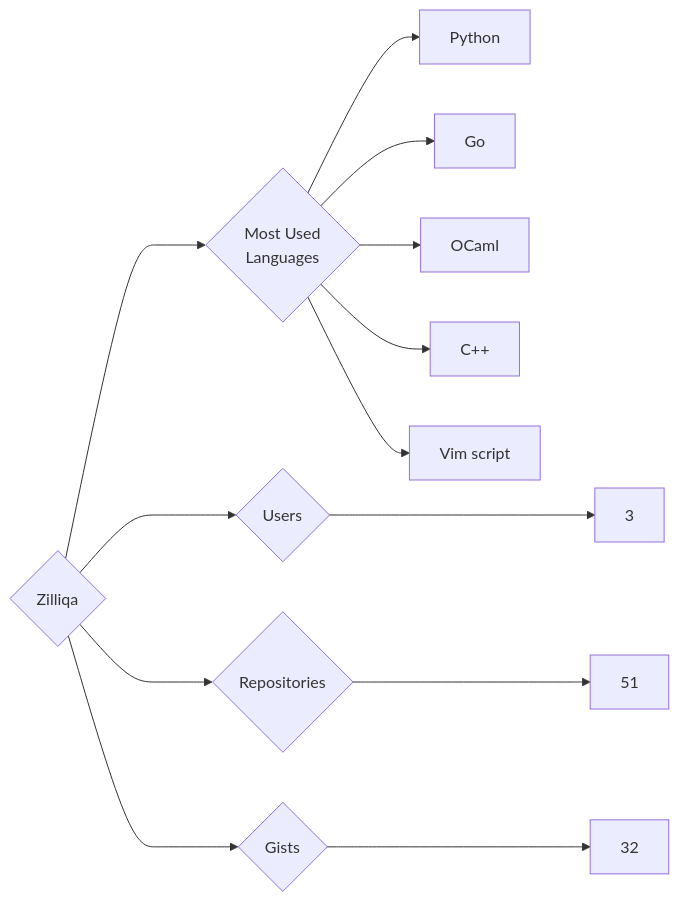
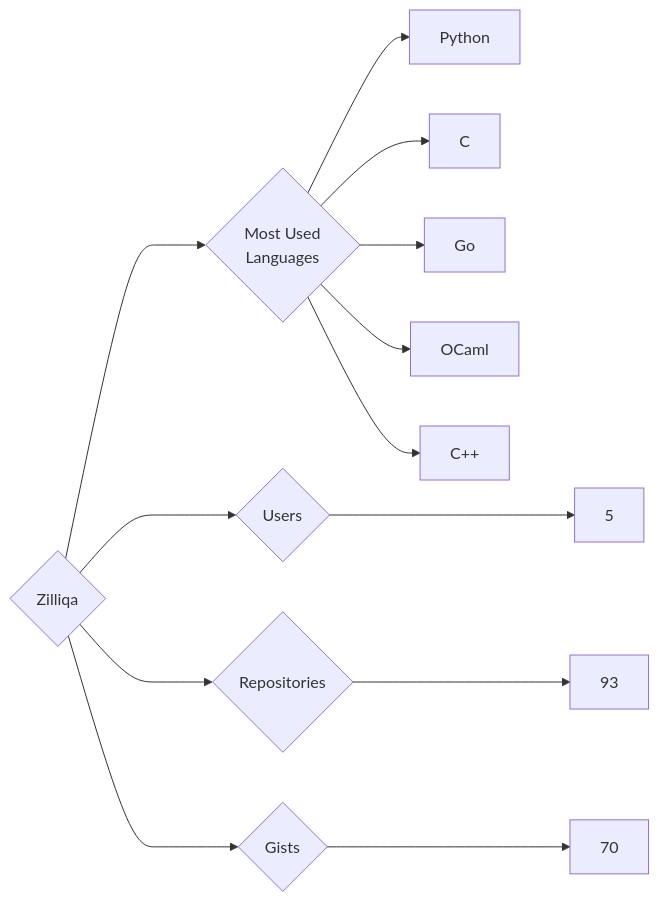
Before and after one commit to trickest/insiders: the diagram in targets/Zilliqa/README.md, drawn with Mermaid. The commit also changed 860 other files, not shown here.

````diff
--- a/targets/Zilliqa/README.md
+++ b/targets/Zilliqa/README.md
@@ -3,13 +3,13 @@
 ```mermaid
 graph LR
 COMPANY_NAME{Zilliqa}
-COMPANY_NAME ---> U{Users} ---> UN[3]
-COMPANY_NAME ---> R{Repositories} ---> RN[51]
-COMPANY_NAME ---> G{Gists} ---> GN[32]
+COMPANY_NAME ---> U{Users} ---> UN[5]
+COMPANY_NAME ---> R{Repositories} ---> RN[93]
+COMPANY_NAME ---> G{Gists} ---> GN[70]
 COMPANY_NAME ---> ML{Most Used<br>Languages}
 ML --> Python[Python]
+ML --> C[C]
 ML --> Go[Go]
 ML --> OCaml[OCaml]
 ML --> C++[C++]
-ML --> Vim_script[Vim script]
 ```
````
